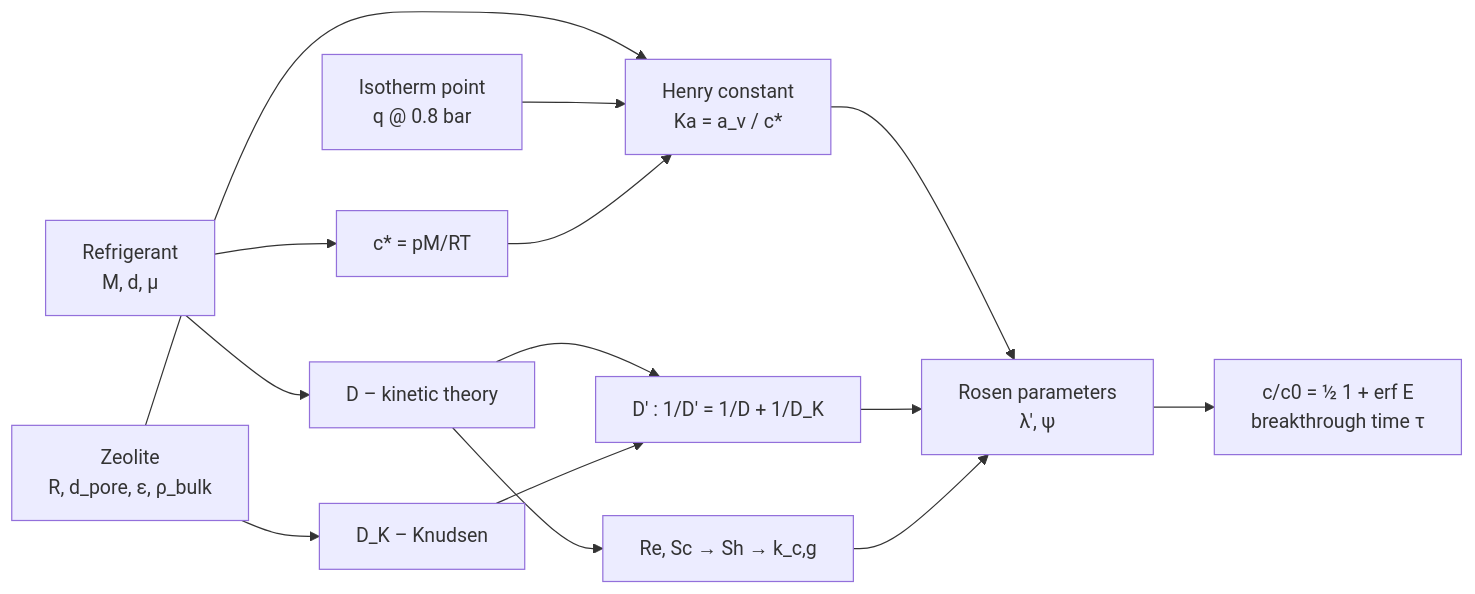
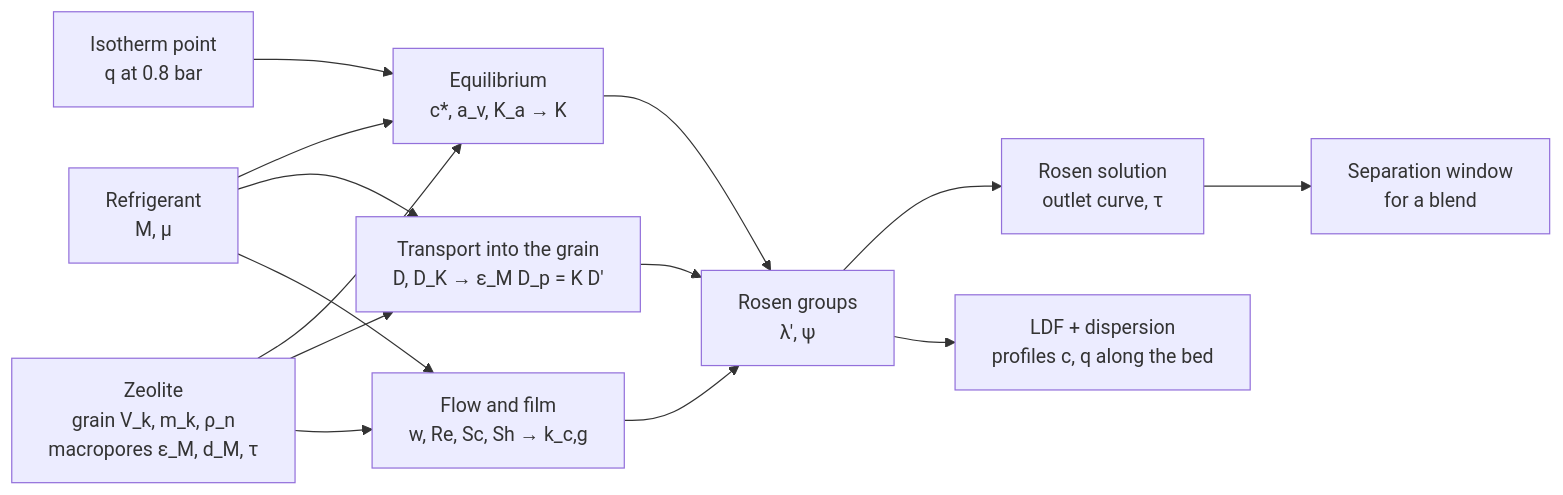
The diagram in README.md (maksnowy35/zeosorb), drawn with Mermaid before and after one commit. The commit also changed other lines of this file and 23 other files, not shown here.

````diff
--- a/README.md
+++ b/README.md
@@ -24,16 +38,16 @@
 ```mermaid
 flowchart LR
-    A[Refrigerant<br/>M, d, μ] --> C[c* = pM/RT]
-    B[Zeolite<br/>R, d_pore, ε, ρ_bulk] --> K
-    I[Isotherm point<br/>q @ 0.8 bar] --> K[Henry constant<br/>Ka = a_v / c*]
-    C --> K
-    A --> D[D – kinetic theory]
-    B --> DK[D_K – Knudsen]
-    D --> DE["D' : 1/D' = 1/D + 1/D_K"]
-    DK --> DE
-    D --> SH[Re, Sc → Sh → k_c,g]
-    K --> R[Rosen parameters<br/>λ', ψ]
-    DE --> R
-    SH --> R
-    R --> T[c/c0 = ½ 1 + erf E<br/>breakthrough time τ]
+    R[Refrigerant<br/>M, μ] --> EQ
+    Z[Zeolite<br/>grain V_k, m_k, ρ_n<br/>macropores ε_M, d_M, τ] --> EQ
+    I[Isotherm point<br/>q at 0.8 bar] --> EQ[Equilibrium<br/>c*, a_v, K_a → K]
+    R --> DIF["Transport into the grain<br/>D, D_K → ε_M D_p = K D'"]
+    Z --> DIF
+    R --> FILM[Flow and film<br/>w, Re, Sc, Sh → k_c,g]
+    Z --> FILM
+    EQ --> P[Rosen groups<br/>λ', ψ]
+    DIF --> P
+    FILM --> P
+    P --> ROSEN[Rosen solution<br/>outlet curve, τ]
+    P --> LDF[LDF + dispersion<br/>profiles c, q along the bed]
+    ROSEN --> SEP[Separation window<br/>for a blend]
 ```
````
